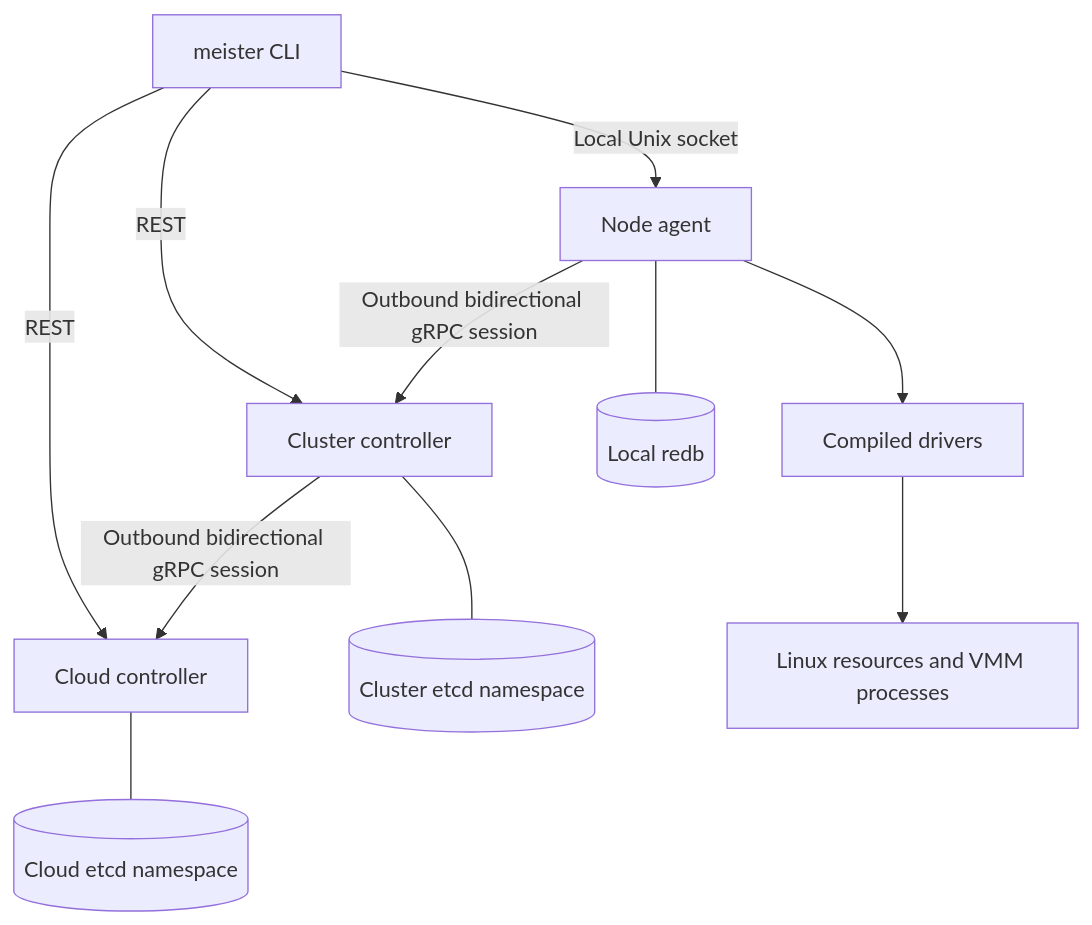
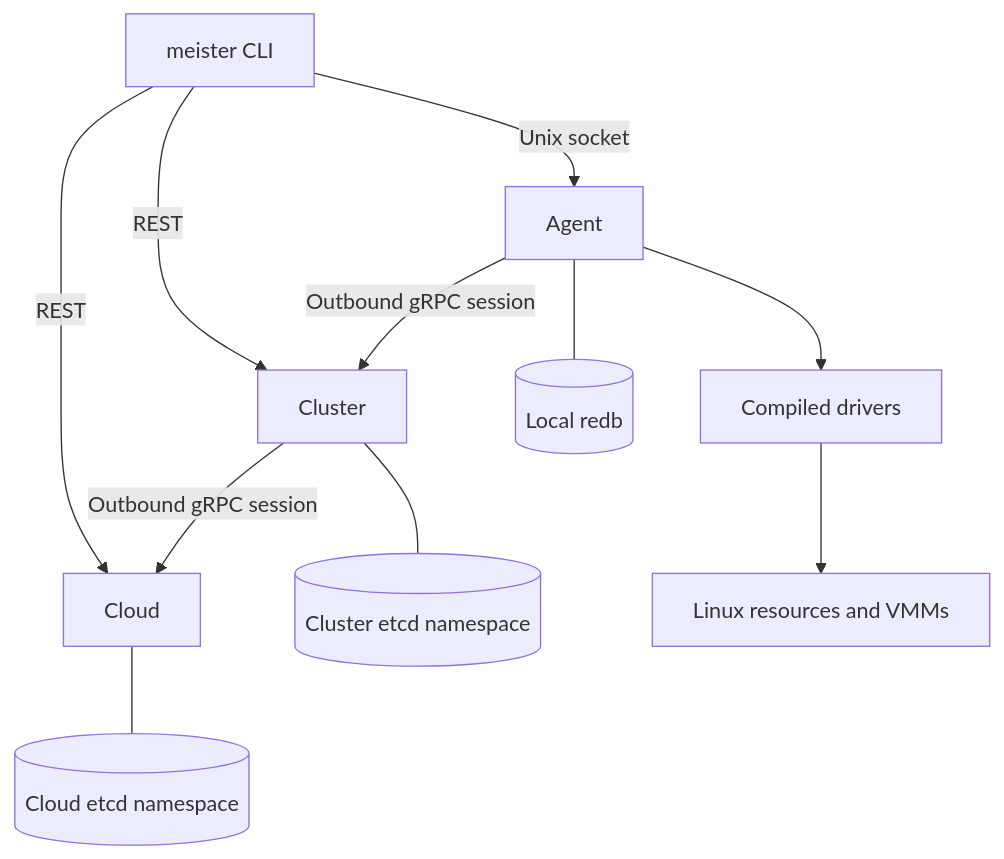
One commit to UniStuttgart-IKR/MeisterStack changed the diagram in docs/ARCHITECTURE.md. Above: the diagram before and after it, drawn with Mermaid. The commit also changed other lines of this file and 232 other files, not shown here.

````diff
--- a/docs/ARCHITECTURE.md
+++ b/docs/ARCHITECTURE.md
@@ -7,13 +5,13 @@
 ```mermaid
 flowchart TB
-    CLI[meister CLI] -->|REST| Cloud[Cloud controller]
-    CLI -->|REST| Cluster[Cluster controller]
-    CLI -->|Local Unix socket| Agent[Node agent]
-    Cluster -->|Outbound bidirectional gRPC session| Cloud
-    Agent -->|Outbound bidirectional gRPC session| Cluster
-    Cloud --- CE[(Cloud etcd namespace)]
-    Cluster --- KE[(Cluster etcd namespace)]
-    Agent --- DB[(Local redb)]
-    Agent --> Drivers[Compiled drivers]
-    Drivers --> Host[Linux resources and VMM processes]
+    CLI[meister CLI] -->|REST| C[Cloud]
+    CLI -->|REST| K[Cluster]
+    CLI -->|Unix socket| A[Agent]
+    K -->|Outbound gRPC session| C
+    A -->|Outbound gRPC session| K
+    C --- CE[(Cloud etcd namespace)]
+    K --- KE[(Cluster etcd namespace)]
+    A --- DB[(Local redb)]
+    A --> D[Compiled drivers]
+    D --> H[Linux resources and VMMs]
 ```
````
